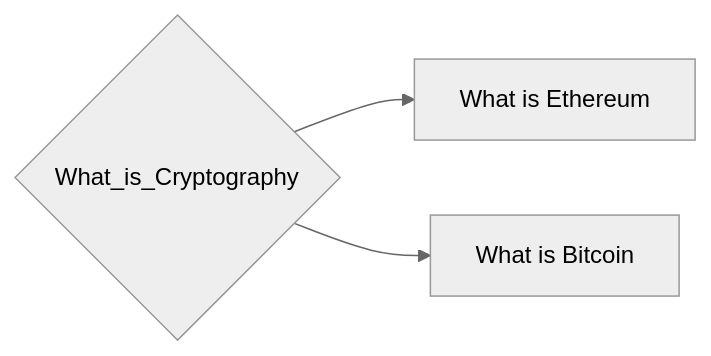
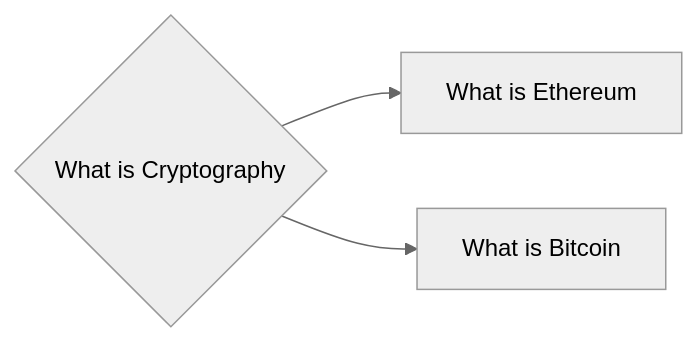
The diagram in notes/What_is_Cryptography.md (lpurdy01/crypto-knowledge-map), drawn with Mermaid (neutral theme) before and after one commit. The commit also changed 58 other files, not shown here.

````diff
--- a/notes/What_is_Cryptography.md
+++ b/notes/What_is_Cryptography.md
@@ -6,5 +6,5 @@
 ```mermaid
 graph LR
-0{"What_is_Cryptography"}-->1["What is Ethereum"]
-0{"What_is_Cryptography"}-->2["What is Bitcoin"]
+0{"What is Cryptography"}-->1["What is Ethereum"]
+0{"What is Cryptography"}-->2["What is Bitcoin"]
 ```
````
